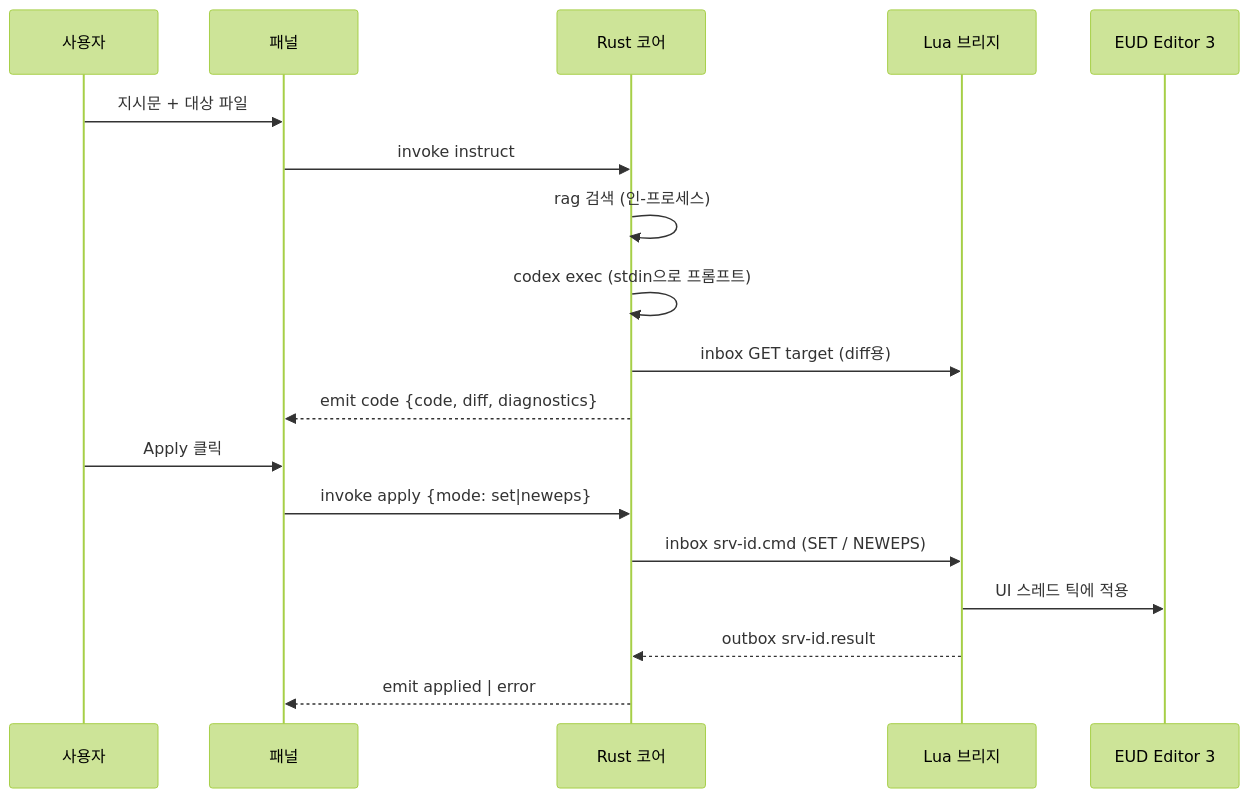
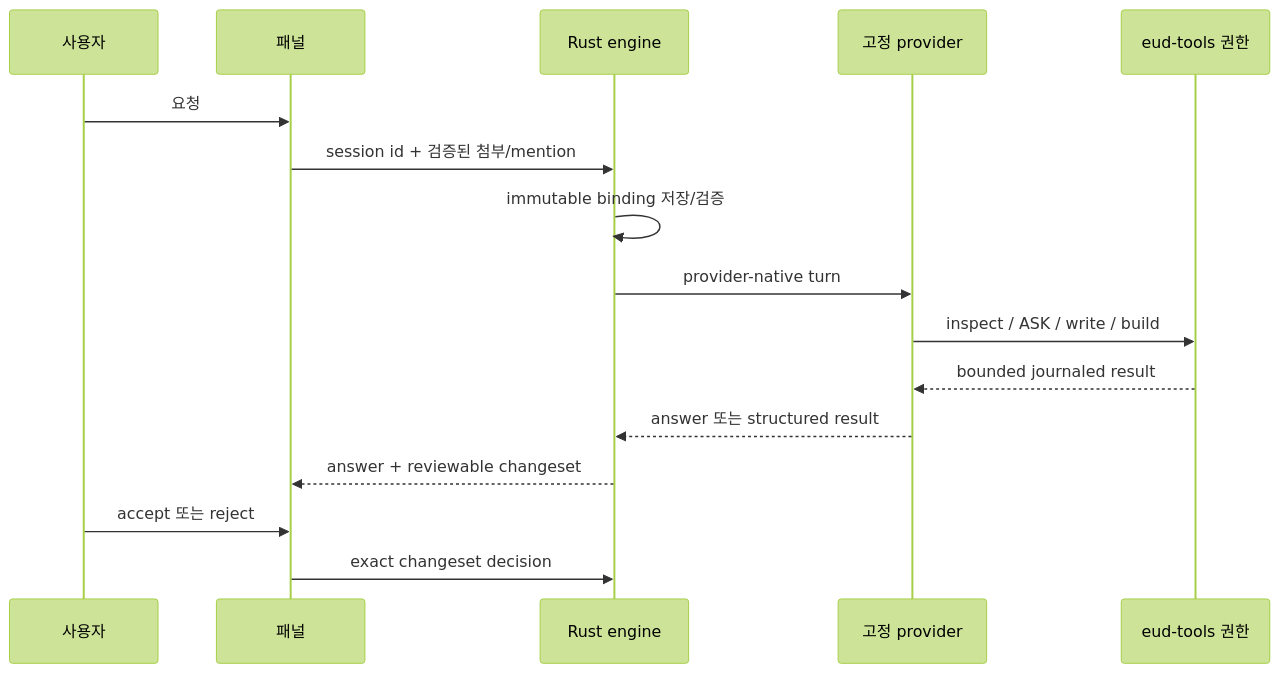
Before and after one commit to raravel/eud-agent: the second of 2 diagrams in README.ko.md, drawn with Mermaid (forest theme). The commit also changed other lines of this file and 75 other files, not shown here.

````diff
--- a/README.ko.md
+++ b/README.ko.md
@@ -133,20 +125,18 @@
 ```mermaid
 sequenceDiagram
     participant U as 사용자
     participant P as 패널
-    participant C as Rust 코어
-    participant L as Lua 브리지
-    participant E as EUD Editor 3
-    U->>P: 지시문 + 대상 파일
-    P->>C: invoke instruct
-    C->>C: rag 검색 (인-프로세스)
-    C->>C: codex exec (stdin으로 프롬프트)
-    C->>L: inbox GET target (diff용)
-    C-->>P: emit code {code, diff, diagnostics}
-    U->>P: Apply 클릭
-    P->>C: invoke apply {mode: set|neweps}
-    C->>L: inbox srv-id.cmd (SET / NEWEPS)
-    L->>E: UI 스레드 틱에 적용
-    L-->>C: outbox srv-id.result
-    C-->>P: emit applied | error
+    participant R as Rust engine
+    participant A as 고정 provider
+    participant T as eud-tools 권한
+    U->>P: 요청
+    P->>R: session id + 검증된 첨부/mention
+    R->>R: immutable binding 저장/검증
+    R->>A: provider-native turn
+    A->>T: inspect / ASK / write / build
+    T-->>A: bounded journaled result
+    A-->>R: answer 또는 structured result
+    R-->>P: answer + reviewable changeset
+    U->>P: accept 또는 reject
+    P->>R: exact changeset decision
 ```
````
